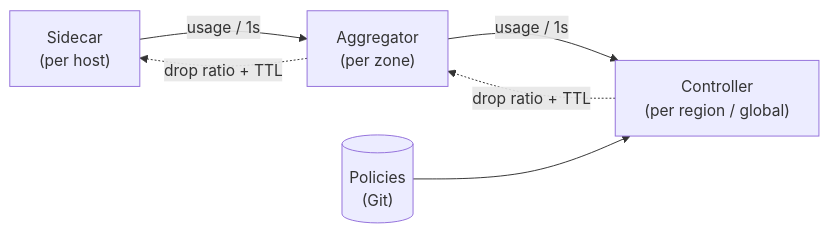
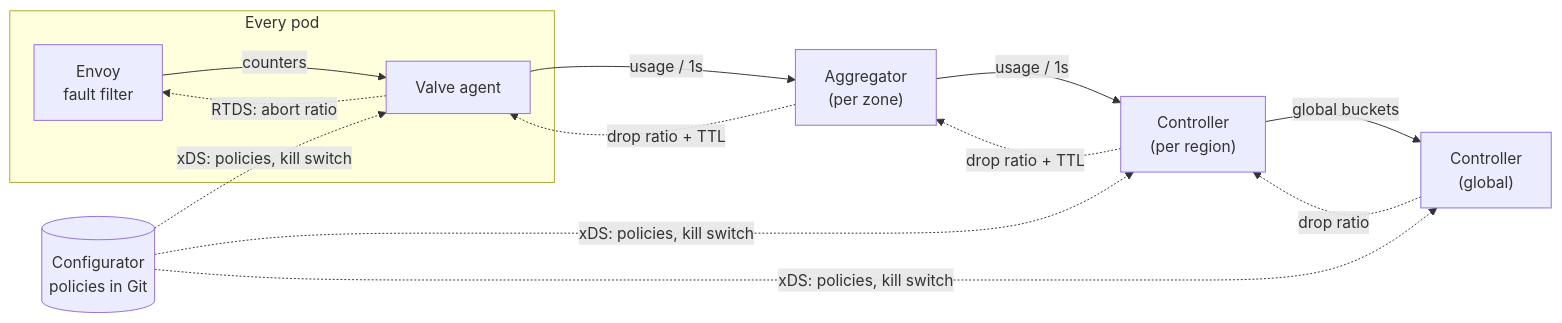
One commit to aupv9/valve changed the diagram in README.md. Above: the diagram before and after it, drawn with Mermaid. The commit also changed other lines of this file and 2 other files, not shown here.

````diff
--- a/README.md
+++ b/README.md
@@ -39,8 +41,16 @@
 ```mermaid
 flowchart LR
-    S["Sidecar<br/>(per host)"] -- "usage / 1s" --> A["Aggregator<br/>(per zone)"]
-    A -- "usage / 1s" --> C["Controller<br/>(per region / global)"]
+    subgraph Pod["Every pod"]
+        E["Envoy<br/>fault filter"]
+        S["Valve agent"]
+    end
+    S -. "RTDS: abort ratio" .-> E
+    E -- "counters" --> S
+    S -- "usage / 1s" --> A["Aggregator<br/>(per zone)"]
+    A -- "usage / 1s" --> C["Controller<br/>(per region)"]
+    C -- "global buckets" --> G["Controller<br/>(global)"]
+    G -. "drop ratio" .-> C
     C -. "drop ratio + TTL" .-> A
     A -. "drop ratio + TTL" .-> S
-    P[("Policies<br/>(Git)")] --> C
+    P[("Configurator<br/>policies in Git")] -. "xDS: policies, kill switch" .-> S & C & G
 ```
````
